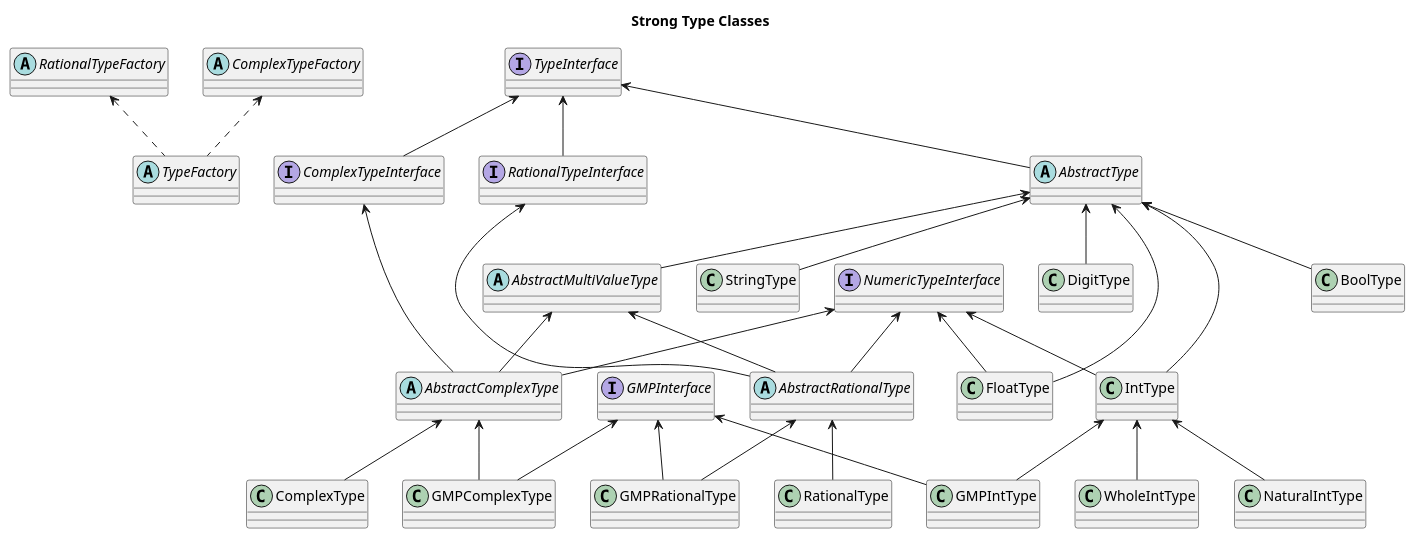
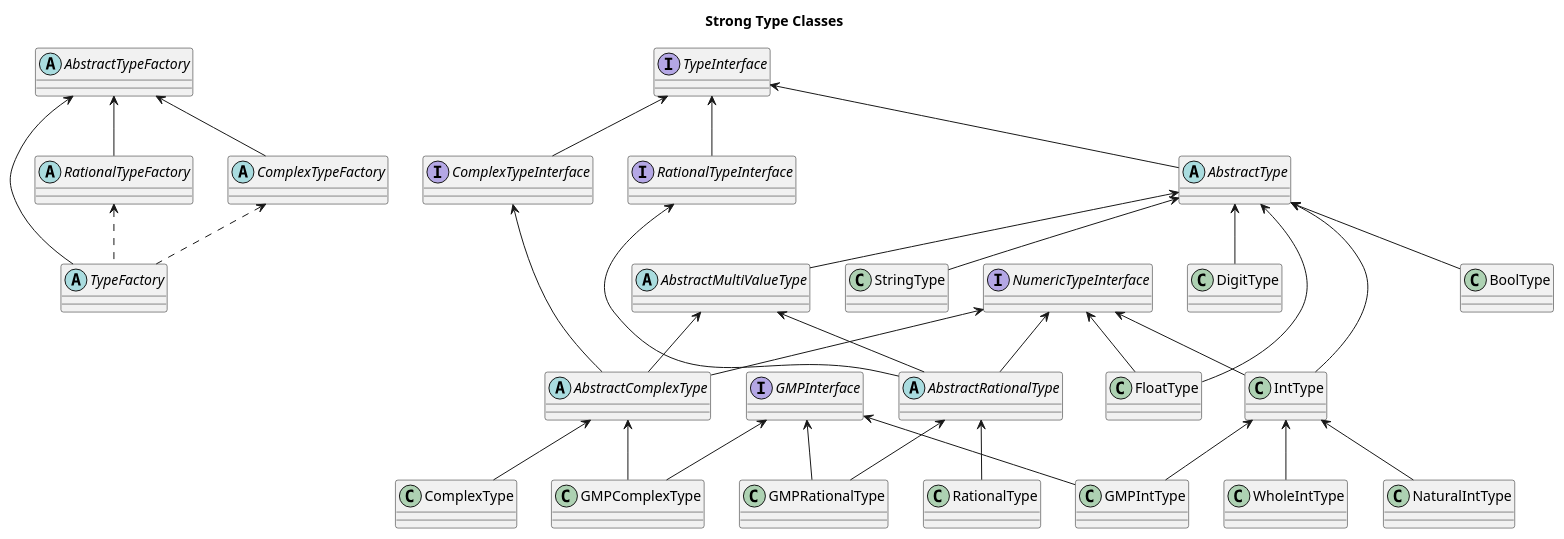
The diagram in docs/strong-type-class.puml (chippyash/Strong-Type), drawn with PlantUML before and after one commit. The commit also changed 13 other files, not shown here.

```diff
--- a/docs/strong-type-class.puml
+++ b/docs/strong-type-class.puml
@@ -1,82 +1,87 @@
 @startuml
 title Strong Type Classes
+
+abstract class AbstractTypeFactory
 
 abstract class TypeFactory
 
 abstract class RationalTypeFactory
 
 abstract class ComplexTypeFactory
-
-RationalTypeFactory <.. TypeFactory
-ComplexTypeFactory <.. TypeFactory
 
 interface ComplexTypeInterface
 
 interface GMPInterface
 
 interface NumericTypeInterface
 
 interface RationalTypeInterface
 
 interface TypeInterface
 
 abstract class AbstractType
 
 abstract class AbstractMultiValueType
 
 abstract class AbstractRationalType
 
 abstract class AbstractComplexType
 
 class BoolType
 
 class StringType
 
 class IntType
 
 class NaturalIntType
 
 class WholeIntType
 
 class FloatType
 
 class DigitType
 
 class GMPIntType
 
 class RationalType
 
 class GMPRationalType
 
 class ComplexType
 
 class GMPComplexType
 
+AbstractTypeFactory <-- TypeFactory
+AbstractTypeFactory <-- RationalTypeFactory
+AbstractTypeFactory <-- ComplexTypeFactory
+RationalTypeFactory <.. TypeFactory
+ComplexTypeFactory <.. TypeFactory
+
 TypeInterface <-- AbstractType
 TypeInterface <-- ComplexTypeInterface
 TypeInterface <-- RationalTypeInterface
 AbstractType <-- AbstractMultiValueType
 AbstractType <-- BoolType
 AbstractType <-- StringType
 AbstractType <-- DigitType
 AbstractType <-- IntType
 NumericTypeInterface <-- IntType
 IntType <-- NaturalIntType
 IntType <-- WholeIntType
 IntType <-- GMPIntType
 AbstractType <-- FloatType
 NumericTypeInterface <-- FloatType
 GMPInterface <-- GMPIntType
 RationalTypeInterface <-- AbstractRationalType
 NumericTypeInterface <-- AbstractRationalType
 AbstractMultiValueType <-- AbstractRationalType
 AbstractRationalType <-- RationalType
 AbstractRationalType <-- GMPRationalType
 GMPInterface <-- GMPRationalType
 AbstractMultiValueType <-- AbstractComplexType
 ComplexTypeInterface <-- AbstractComplexType
 NumericTypeInterface <-- AbstractComplexType
 AbstractComplexType <-- ComplexType
 AbstractComplexType <-- GMPComplexType
 GMPInterface <-- GMPComplexType
 @enduml
```
